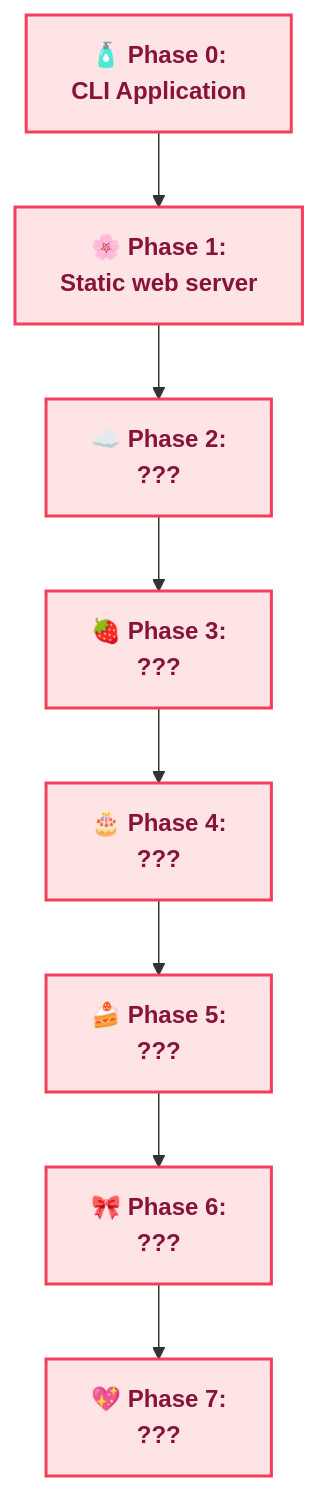
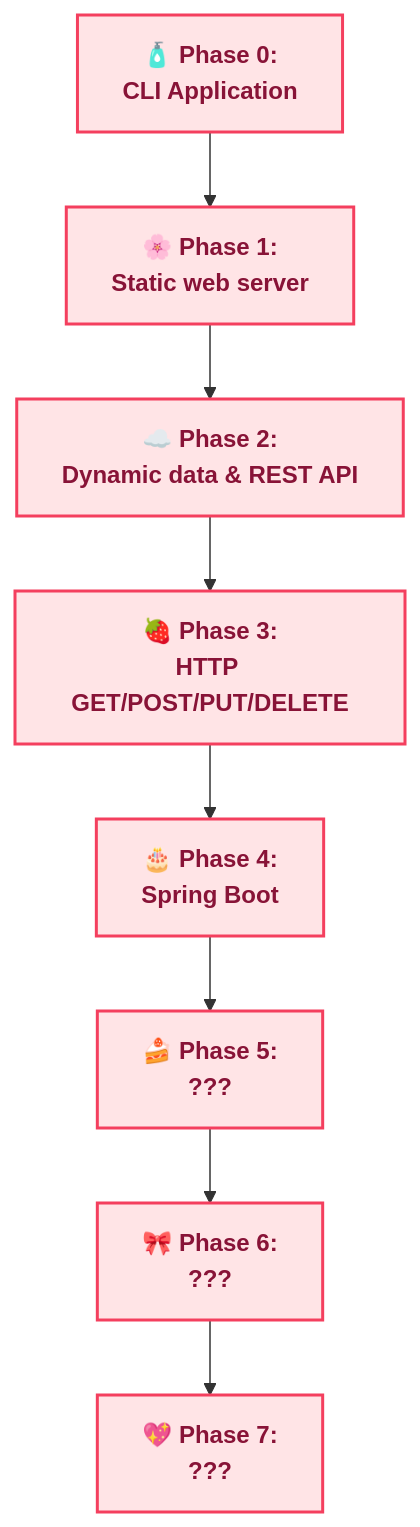
The diagram in README.md (mirunq-png/perfume-app), drawn with Mermaid before and after one commit. The commit also changed other lines of this file, not shown here.

````diff
--- a/README.md
+++ b/README.md
@@ -56,40 +114,40 @@
 ```mermaid
 graph TD
     %% Phase 0
     P0["🧴 Phase 0:<br/>CLI Application"]
     %% Phase 1
     P1["🌸 Phase 1:<br/>Static web server"]
     
     %% Phase 2
-    P2["☁️ Phase 2:<br/>???"]
+    P2["☁️ Phase 2:<br/>Dynamic data & REST API"]
     
     %% Phase 3
-    P3["🍓 Phase 3:<br/>???"]
+    P3["🍓 Phase 3:<br/>HTTP GET/POST/PUT/DELETE"]
     
     %% Phase 4
-    P4["🎂 Phase 4:<br/>???"]
+    P4["🎂 Phase 4:<br/>Spring Boot"]
     
     %% Phase 5
     P5["🍰 Phase 5:<br/>???"]
     
     %% Phase 6
     P6["🎀 Phase 6:<br/>???"]
     
     %% Phase 7
     P7["💖 Phase 7:<br/>???"]
 
     %% Flow connections
     P0 --> P1
     P1 --> P2
     P2 --> P3
     P3 --> P4
     P4 --> P5
     P5 --> P6
     P6 --> P7
 
     %% Sweet Pink Styling
     classDef pinkVibe fill:#ffe4e6,stroke:#f43f5e,stroke-width:2px,color:#881337,font-weight:bold,border-radius:10px;
     
     %% Apply styling to all phases
     class P0,P1,P2,P3,P4,P5,P6,P7 pinkVibe;
 ```
````
